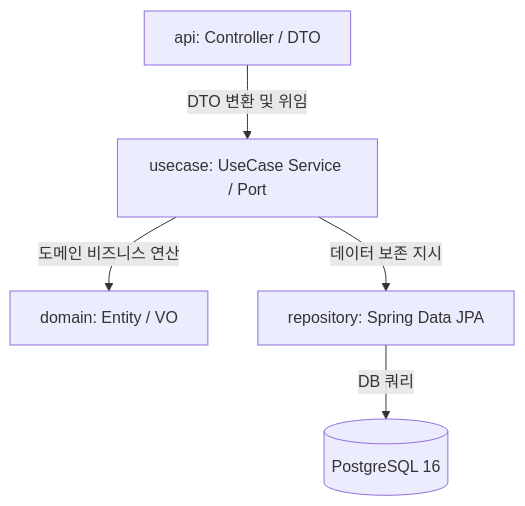
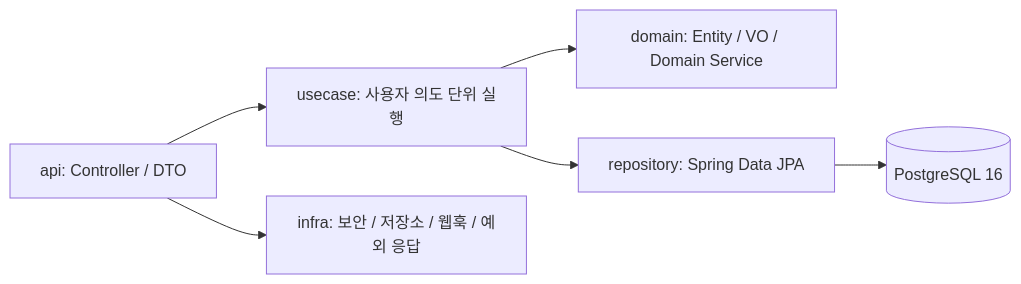
Before and after one commit to Yoonsik-Shin/cs-hub: the first of 2 diagrams in docs/docs/code-architecture.md, drawn with Mermaid. The commit also changed other lines of this file and 2 other files, not shown here.

````diff
--- a/docs/docs/code-architecture.md
+++ b/docs/docs/code-architecture.md
@@ -15,7 +13,8 @@
 ```mermaid
-graph TD
-    Controller[api: Controller / DTO] -->|DTO 변환 및 위임| UseCase[usecase: UseCase Service / Port]
-    UseCase -->|도메인 비즈니스 연산| Domain[domain: Entity / VO]
-    UseCase -->|데이터 보존 지시| Repository[repository: Spring Data JPA]
-    Repository -->|DB 쿼리| Postgres[(PostgreSQL 16)]
+flowchart LR
+    Controller["api: Controller / DTO"] --> UseCase["usecase: 사용자 의도 단위 실행"]
+    UseCase --> Domain["domain: Entity / VO / Domain Service"]
+    UseCase --> Repository["repository: Spring Data JPA"]
+    Repository --> Postgres[(PostgreSQL 16)]
+    Controller --> Infra["infra: 보안 / 저장소 / 웹훅 / 예외 응답"]
 ```
````
